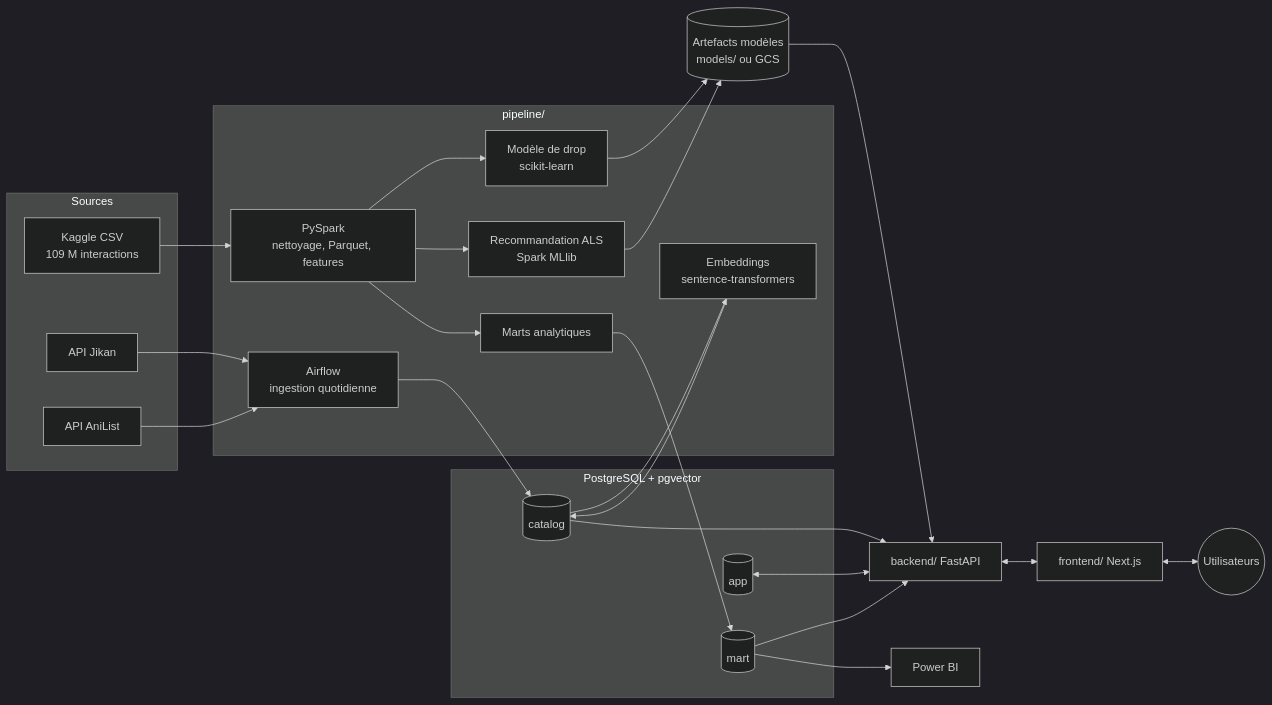
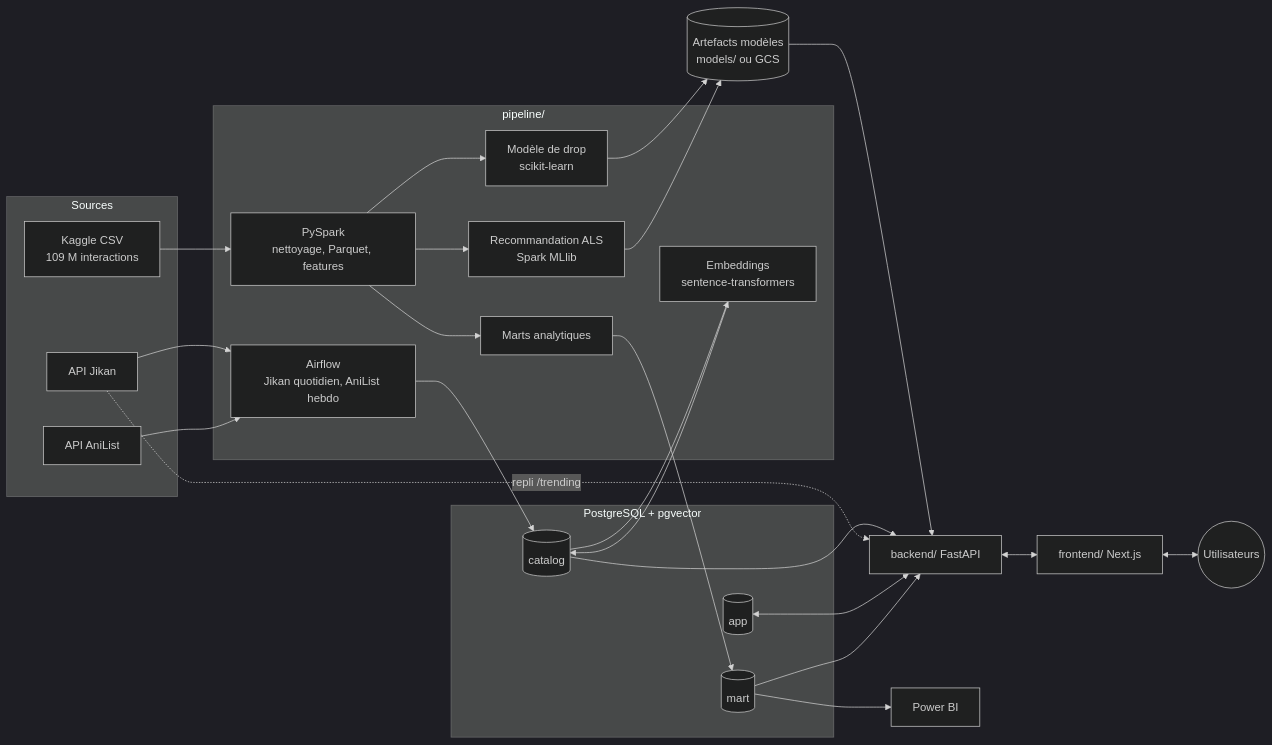
The diagram in docs/architecture.md (GnanapragasamRoyston/tsuzuku), drawn with Mermaid (dark theme) before and after one commit. The commit also changed other lines of this file and 40 other files, not shown here.

First line of the commit message:
feat: phase 6 - Airflow (ingestion Jikan quotidienne, catalogue AniList hebdo)

````diff
--- a/docs/architecture.md
+++ b/docs/architecture.md
@@ -3,43 +3,44 @@
 ```mermaid
 flowchart LR
     subgraph sources[Sources]
         K[Kaggle CSV<br/>109 M interactions]
         J[API Jikan]
         A[API AniList]
     end
 
     subgraph pipeline[pipeline/]
         S[PySpark<br/>nettoyage, Parquet, features]
         D[Modèle de drop<br/>scikit-learn]
         R[Recommandation ALS<br/>Spark MLlib]
         M[Marts analytiques]
-        AF[Airflow<br/>ingestion quotidienne]
+        AF[Airflow<br/>Jikan quotidien, AniList hebdo]
         E[Embeddings<br/>sentence-transformers]
     end
 
     subgraph pg[PostgreSQL + pgvector]
         C[(catalog)]
         AP[(app)]
         MA[(mart)]
     end
 
     ART[(Artefacts modèles<br/>models/ ou GCS)]
     API[backend/ FastAPI]
     WEB[frontend/ Next.js]
     PBI[Power BI]
     U((Utilisateurs))
 
     K --> S
     S --> D --> ART
     S --> R --> ART
     S --> M --> MA
     J --> AF --> C
     A --> AF
     C --> E --> C
     ART --> API
     C --> API
+    J -. repli /trending .-> API
     AP <--> API
     MA --> API
     API <--> WEB <--> U
     MA --> PBI
 ```
````
